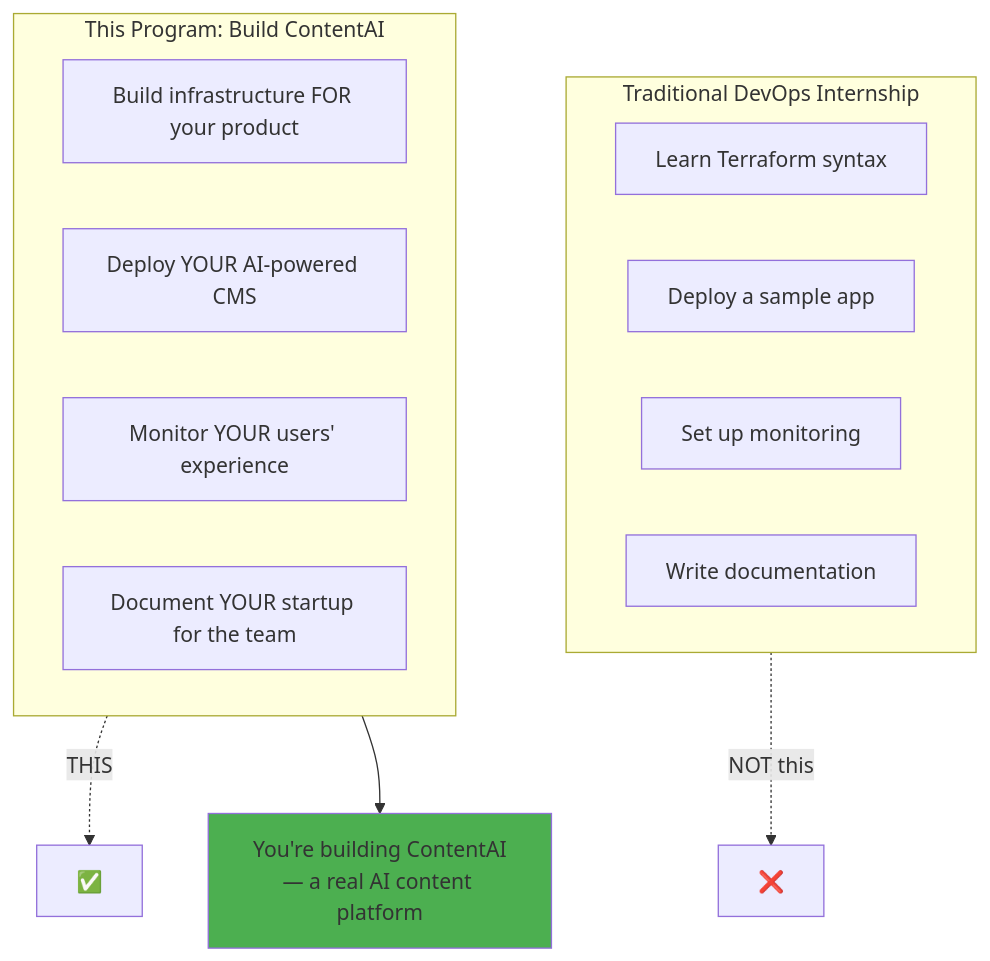
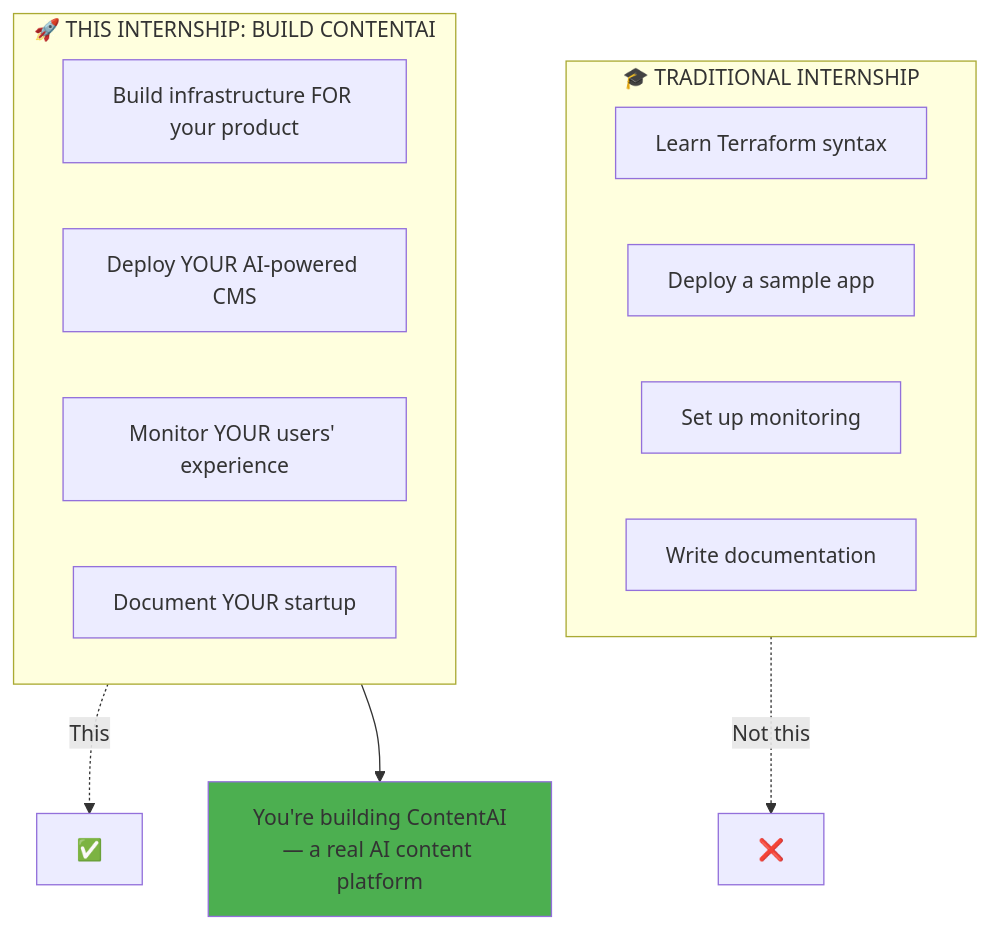
One commit to PearlThoughtsInternship/Internship-Obsidian-Vault changed the second of 5 diagrams in DevOps/04-Internship/01-Before-You-Begin.md. Above: the diagram before and after it, drawn with Mermaid. The commit also changed other lines of this file and 1 other file, not shown here.

````diff
--- a/DevOps/04-Internship/01-Before-You-Begin.md
+++ b/DevOps/04-Internship/01-Before-You-Begin.md
@@ -29,25 +69,25 @@
 ```mermaid
 flowchart TB
-    subgraph Traditional["Traditional DevOps Internship"]
+    subgraph Traditional["🎓 TRADITIONAL INTERNSHIP"]
         T1["Learn Terraform syntax"]
         T2["Deploy a sample app"]
         T3["Set up monitoring"]
         T4["Write documentation"]
     end
 
-    subgraph Startup["This Program: Build ContentAI"]
+    subgraph Startup["🚀 THIS INTERNSHIP: BUILD CONTENTAI"]
         P1["Build infrastructure FOR your product"]
         P2["Deploy YOUR AI-powered CMS"]
         P3["Monitor YOUR users' experience"]
-        P4["Document YOUR startup for the team"]
+        P4["Document YOUR startup"]
     end
 
-    Traditional -.->|"NOT this"| X["❌"]
-    Startup -.->|"THIS"| Y["✅"]
+    Traditional -.->|"Not this"| X["❌"]
+    Startup -.->|"This"| Y["✅"]
 
     Result["You're building ContentAI<br/>— a real AI content platform"]
 
     Startup --> Result
 
     style Result fill:#4CAF50
 ```
````
